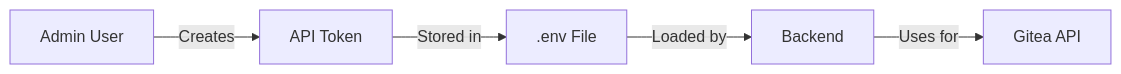
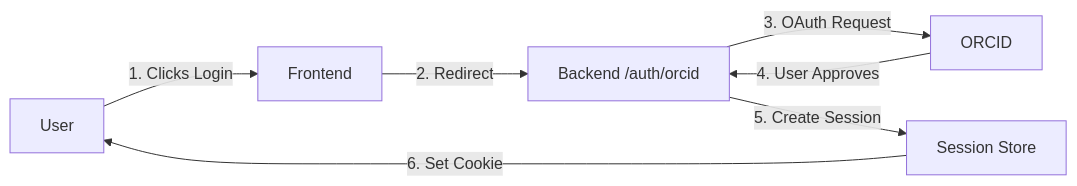
One commit to marine-term-translations/mtt-self-host-platform changed the fourth of 6 diagrams in ARCHITECTURE.md. Above: the diagram before and after it, drawn with Mermaid. The commit also changed other lines of this file and 2 other files, not shown here.

Commit message:
Update README, ARCHITECTURE, and SETUP docs to reflect simplified 2-service architecture

````diff
--- a/ARCHITECTURE.md
+++ b/ARCHITECTURE.md
@@ -280,7 +220,9 @@
 ```mermaid
 graph LR
-    Admin[Admin User] -->|Creates| Token[API Token]
-    Token -->|Stored in| Env[.env File]
-    Env -->|Loaded by| BE[Backend]
-    BE -->|Uses for| Gitea[Gitea API]
+    User[User] -->|1. Clicks Login| FE[Frontend]
+    FE -->|2. Redirect| BE[Backend /auth/orcid]
+    BE -->|3. OAuth Request| ORCID[ORCID]
+    ORCID -->|4. User Approves| BE
+    BE -->|5. Create Session| Session[Session Store]
+    Session -->|6. Set Cookie| User
 ```
````
